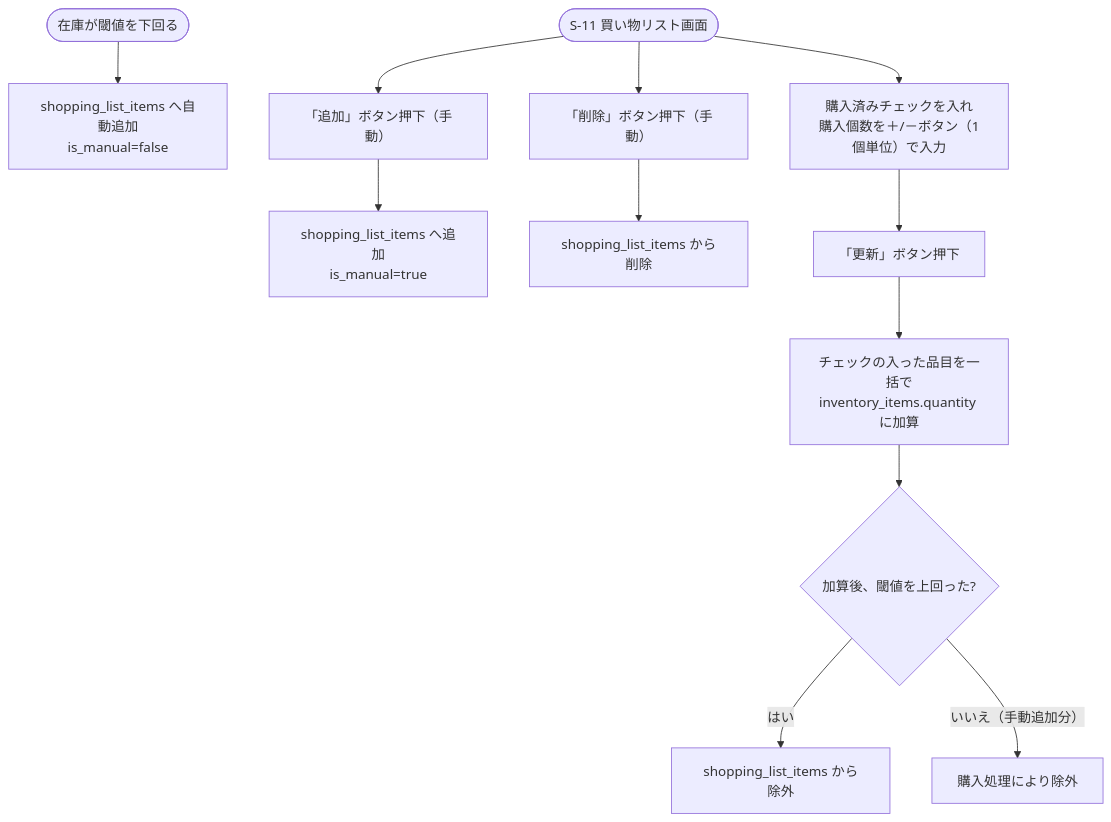
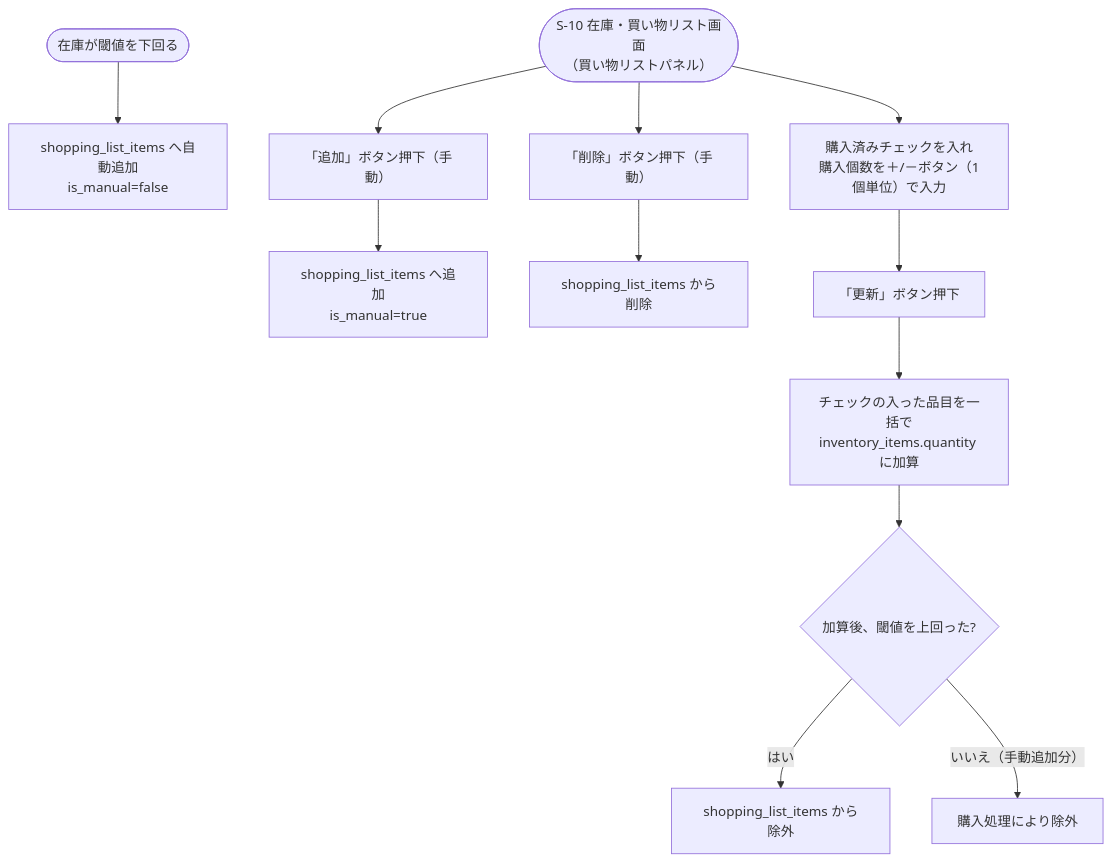
The diagram in docs/details/features/F08_zaiko_shoppinglist.md (yamamotonaoki3/HomeLog), drawn with Mermaid before and after one commit. The commit also changed other lines of this file and 8 other files, not shown here.

````diff
--- a/docs/details/features/F08_zaiko_shoppinglist.md
+++ b/docs/details/features/F08_zaiko_shoppinglist.md
@@ -19,15 +19,15 @@
 ```mermaid
 flowchart TD
     A([在庫が閾値を下回る]) --> B[shopping_list_items へ自動追加\nis_manual=false]
-    C([S-11 買い物リスト画面]) --> D["「追加」ボタン押下（手動）"]
+    C(["S-10 在庫・買い物リスト画面\n（買い物リストパネル）"]) --> D["「追加」ボタン押下（手動）"]
     D --> E[shopping_list_items へ追加\nis_manual=true]
     C --> F["「削除」ボタン押下（手動）"]
     F --> G[shopping_list_items から削除]
 
     C --> H["購入済みチェックを入れ\n購入個数を＋/－ボタン（1個単位）で入力"]
     H --> I["「更新」ボタン押下"]
     I --> J[チェックの入った品目を一括で\ninventory_items.quantity に加算]
     J --> K{加算後、閾値を上回った?}
     K -- はい --> L[shopping_list_items から除外]
     K -- いいえ（手動追加分） --> M[購入処理により除外]
 ```
````
